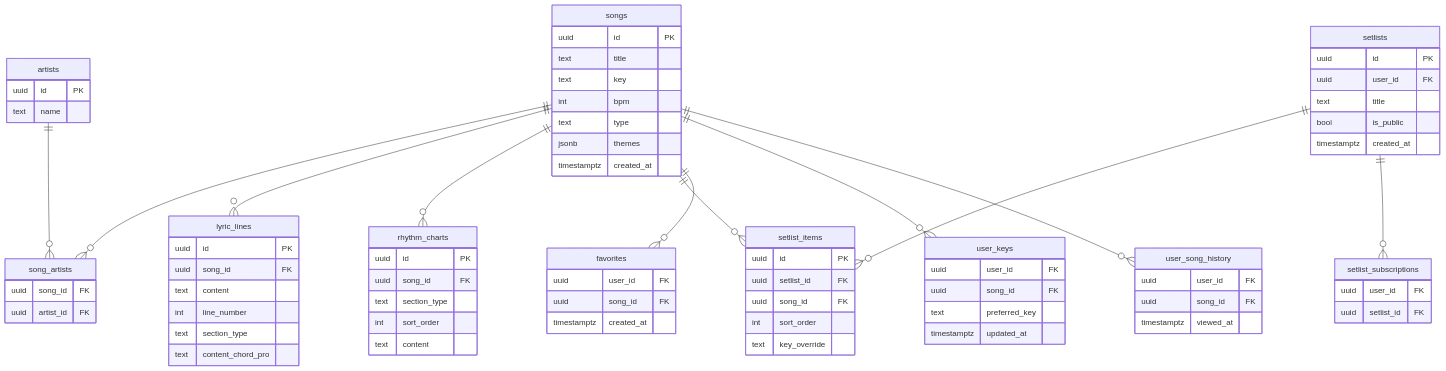
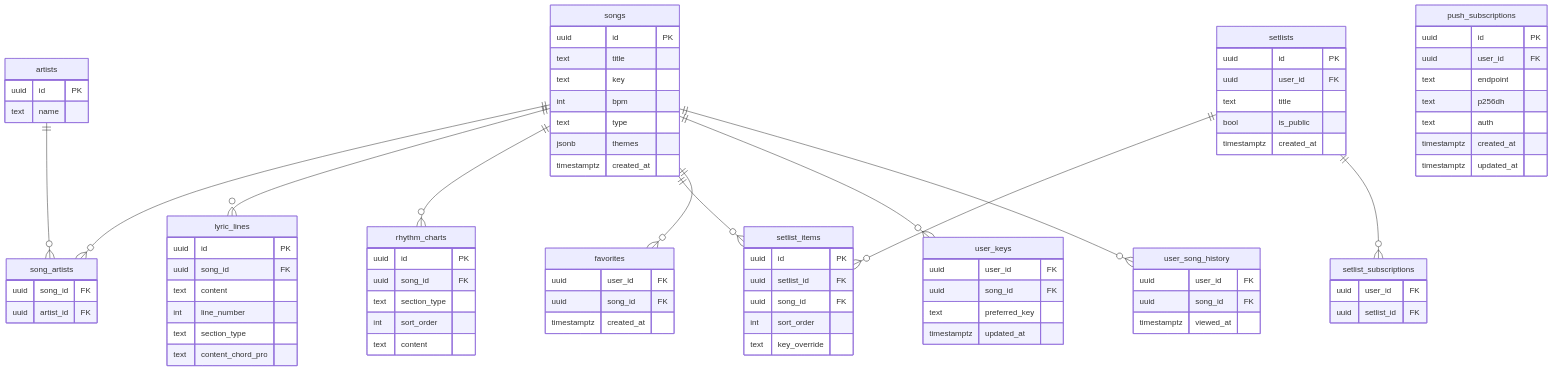
Before and after one commit to dvan2/WorshipLamal: the first of 2 diagrams in ARCHITECTURE.md, drawn with Mermaid. The commit also changed other lines of this file and 21 other files, not shown here.

```diff
--- a/ARCHITECTURE.md
+++ b/ARCHITECTURE.md
@@ -270,6 +283,15 @@
         uuid song_id FK
         timestamptz viewed_at
     }
+    push_subscriptions {
+        uuid id PK
+        uuid user_id FK
+        text endpoint
+        text p256dh
+        text auth
+        timestamptz created_at
+        timestamptz updated_at
+    }
 
     songs ||--o{ song_artists : ""
     artists ||--o{ song_artists : ""
```
